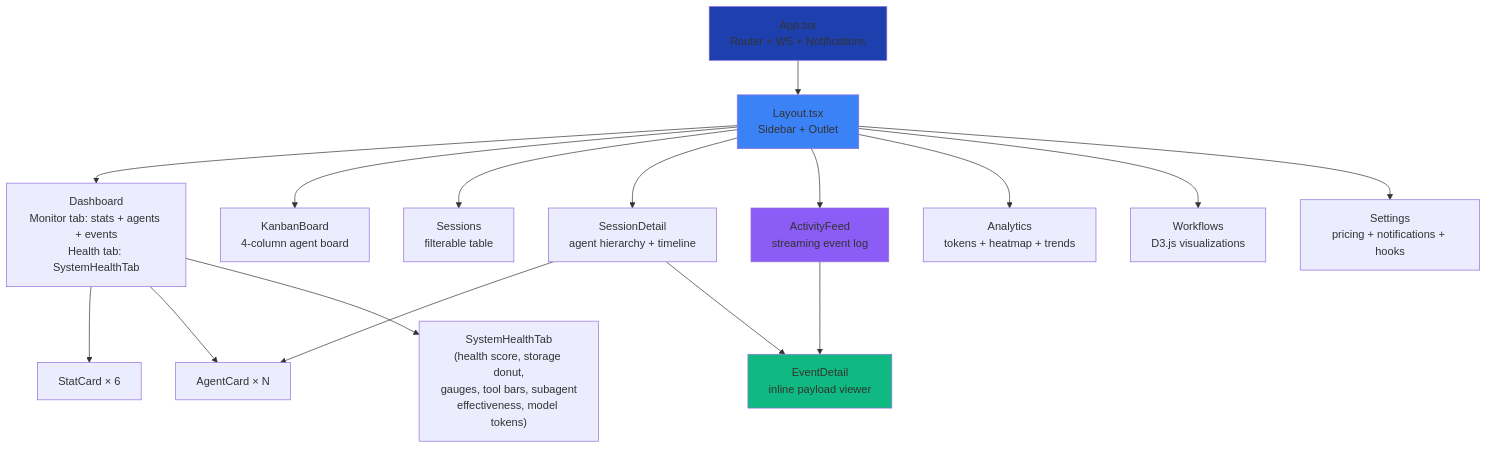
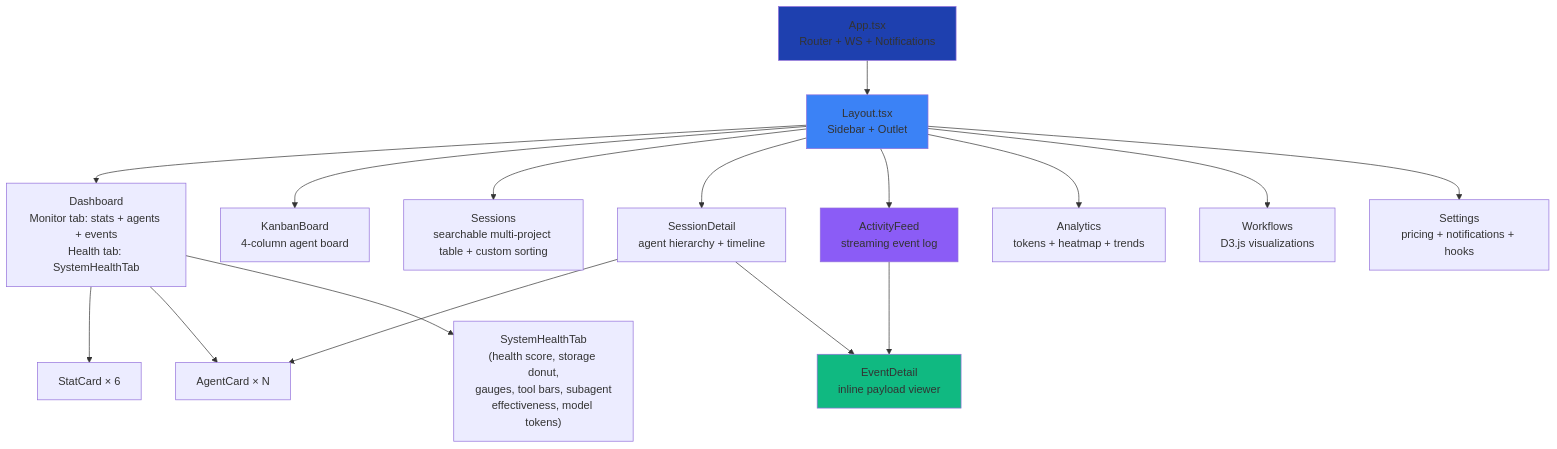
One commit to CorentinPa/Claude-Code-Agent-Monitor changed the third of 19 diagrams in client/README.md. Above: the diagram before and after it, drawn with Mermaid. The commit also changed other lines of this file and 27 other files, not shown here.

````diff
--- a/client/README.md
+++ b/client/README.md
@@ -228,29 +228,29 @@
 ```mermaid
 graph TB
     App[App.tsx<br/>Router + WS + Notifications]
     Layout[Layout.tsx<br/>Sidebar + Outlet]
 
     Dashboard[Dashboard<br/>Monitor tab: stats + agents + events<br/>Health tab: SystemHealthTab]
     Kanban[KanbanBoard<br/>4-column agent board]
-    Sessions[Sessions<br/>filterable table]
+    Sessions[Sessions<br/>searchable multi-project table + custom sorting]
     Detail[SessionDetail<br/>agent hierarchy + timeline]
     Feed[ActivityFeed<br/>streaming event log]
     Analytics[Analytics<br/>tokens + heatmap + trends]
     Workflows[Workflows<br/>D3.js visualizations]
     Settings[Settings<br/>pricing + notifications + hooks]
 
     App --> Layout
     Layout --> Dashboard & Kanban & Sessions & Detail & Feed & Analytics & Workflows & Settings
 
     Dashboard --> StatCard[StatCard × 6]
     Dashboard --> AgentCard[AgentCard × N]
     Dashboard --> HealthTab["SystemHealthTab<br/>(health score, storage donut,<br/>gauges, tool bars, subagent<br/>effectiveness, model tokens)"]
     Detail --> AgentCard
     Feed --> EventDetail[EventDetail<br/>inline payload viewer]
     Detail --> EventDetail
 
     style App fill:#1E40AF
     style Layout fill:#3B82F6
     style Feed fill:#8B5CF6
     style EventDetail fill:#10B981
 ```
````
